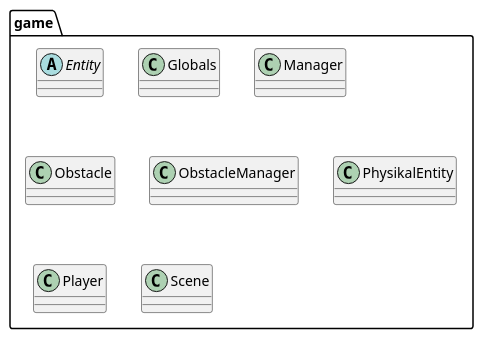
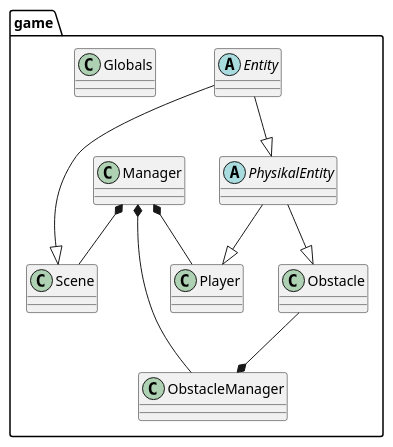
Before and after one commit to LarsDerNorweger/IntTech: the diagram in Doc/UML/test.puml, drawn with PlantUML.

Commit message:
extend puml

```diff
--- a/Doc/UML/test.puml
+++ b/Doc/UML/test.puml
@@ -1,12 +1,25 @@
 @startuml hallo
 package game{
     abstract class Entity 
     class Globals
     class Manager
     class Obstacle
     class ObstacleManager
-    class PhysikalEntity
+    abstract PhysikalEntity
     class Player
     class Scene
+
+    Entity --|> PhysikalEntity
+    Entity --|> Scene
+    PhysikalEntity --|> Player
+    PhysikalEntity --|> Obstacle
+
+    Obstacle --* ObstacleManager
+
+    Manager *-- ObstacleManager
+    Manager *-- Player
+    Manager *-- Scene
 }
+
+
 @enduml
```
